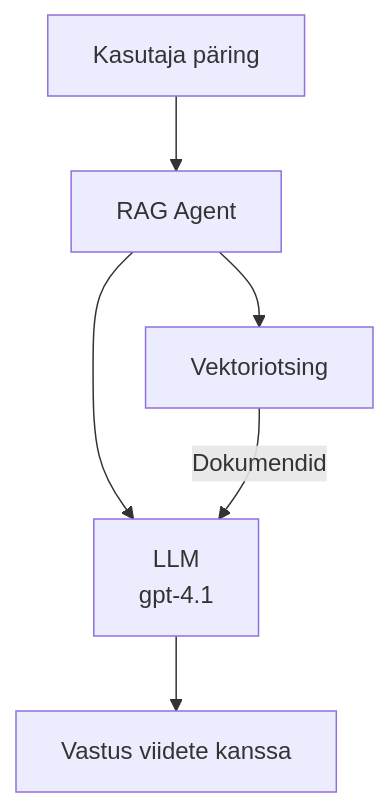
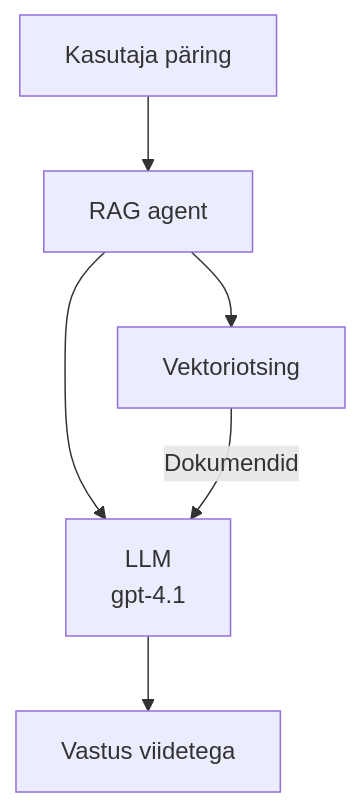
The second of 3 diagrams in translations/et/docs/chapter-02-ai-development/agents.md (microsoft/AZD-for-beginners), drawn with Mermaid before and after one commit. The commit also changed other lines of this file and 104 other files, not shown here.

````diff
--- a/translations/et/docs/chapter-02-ai-development/agents.md
+++ b/translations/et/docs/chapter-02-ai-development/agents.md
@@ -175,8 +181,8 @@
 ```mermaid
 graph TD
-    Query[Kasutaja päring] --> RAG[RAG Agent]
+    Query[Kasutaja päring] --> RAG[RAG agent]
     RAG --> Vector[Vektoriotsing]
     RAG --> LLM[LLM<br/>gpt-4.1]
     Vector -- Dokumendid --> LLM
-    LLM --> Response[Vastus viidete kanssa]
+    LLM --> Response[Vastus viidetega]
 ```
````
